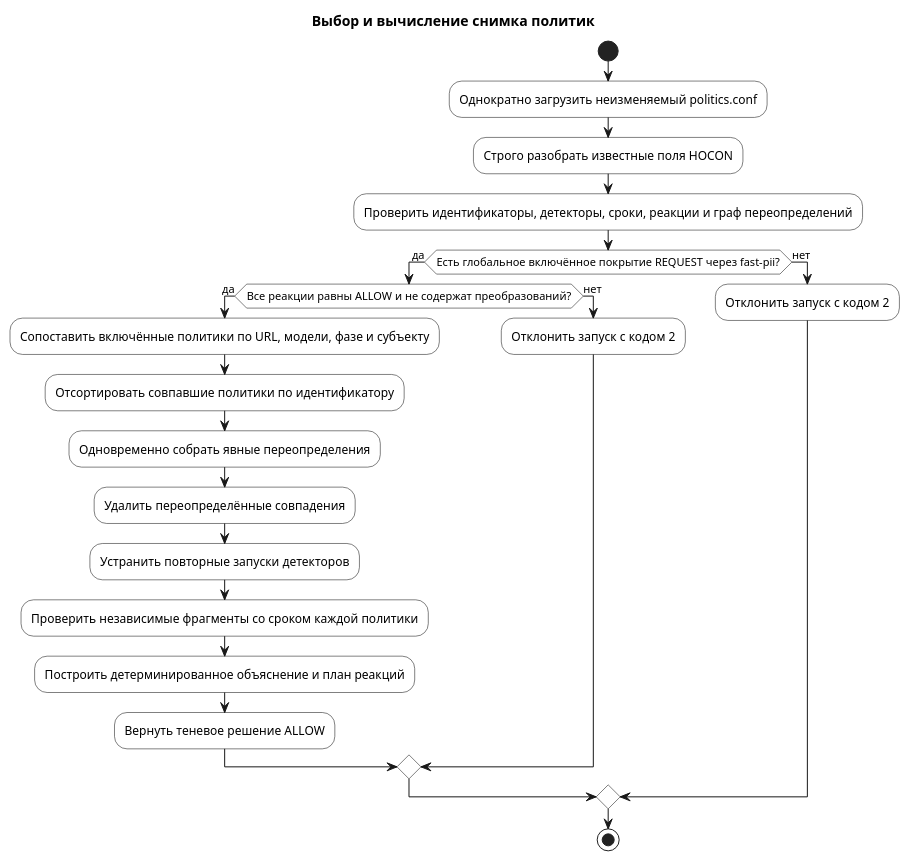
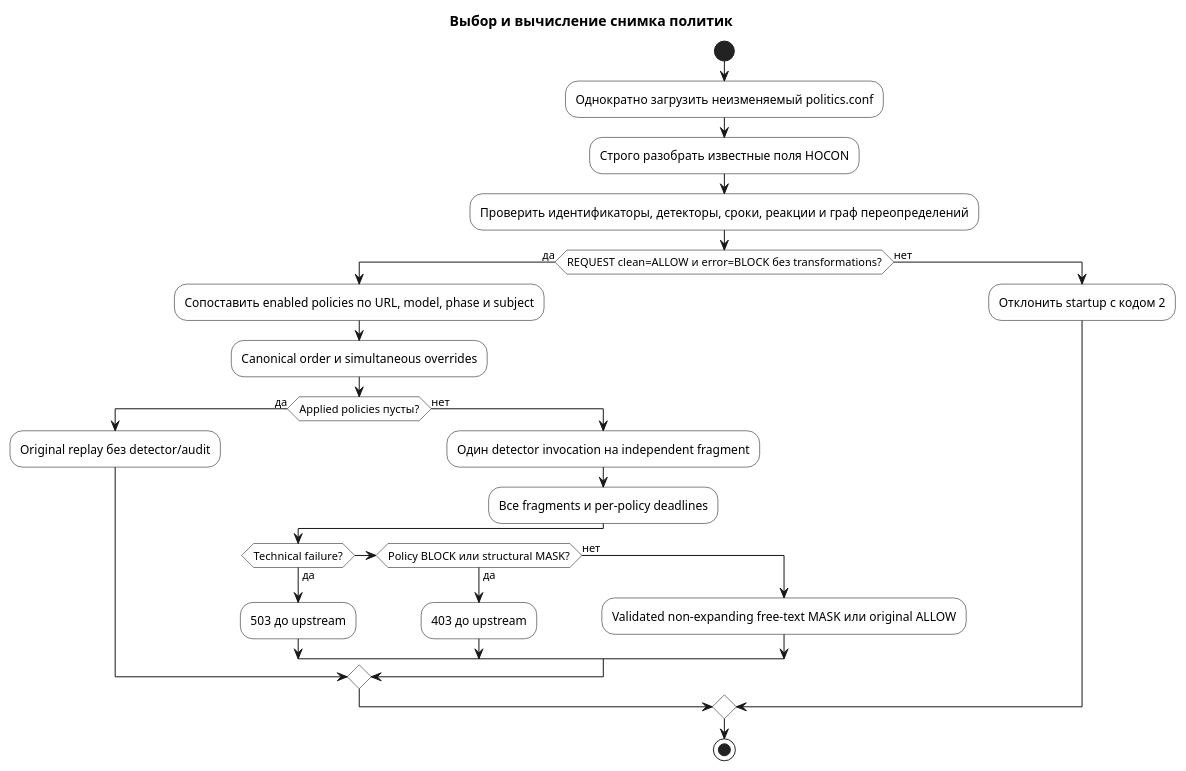
Before and after one commit to finnetrolle/vigilant: the diagram in docs/diagrams/policy-selection-activity.puml, drawn with PlantUML. The commit also changed 77 other files, not shown here.

First line of the commit message:
feat(proxy)!: enforce request PII policies

```diff
--- a/docs/diagrams/policy-selection-activity.puml
+++ b/docs/diagrams/policy-selection-activity.puml
@@ -1,29 +1,32 @@
 @startuml
 title Выбор и вычисление снимка политик
 skinparam activity {
   BackgroundColor White
   BorderColor Black
 }
 
 start
 :Однократно загрузить неизменяемый politics.conf;
 :Строго разобрать известные поля HOCON;
 :Проверить идентификаторы, детекторы, сроки, реакции и граф переопределений;
-if (Есть глобальное включённое покрытие REQUEST через fast-pii?) then (да)
-  if (Все реакции равны ALLOW и не содержат преобразований?) then (да)
-    :Сопоставить включённые политики по URL, модели, фазе и субъекту;
-    :Отсортировать совпавшие политики по идентификатору;
-    :Одновременно собрать явные переопределения;
-    :Удалить переопределённые совпадения;
-    :Устранить повторные запуски детекторов;
-    :Проверить независимые фрагменты со сроком каждой политики;
-    :Построить детерминированное объяснение и план реакций;
-    :Вернуть теневое решение ALLOW;
+if (REQUEST clean=ALLOW и error=BLOCK без transformations?) then (да)
+  :Сопоставить enabled policies по URL, model, phase и subject;
+  :Canonical order и simultaneous overrides;
+  if (Applied policies пусты?) then (да)
+    :Original replay без detector/audit;
   else (нет)
-    :Отклонить запуск с кодом 2;
+    :Один detector invocation на independent fragment;
+    :Все fragments и per-policy deadlines;
+    if (Technical failure?) then (да)
+      :503 до upstream;
+    elseif (Policy BLOCK или structural MASK?) then (да)
+      :403 до upstream;
+    else (нет)
+      :Validated non-expanding free-text MASK или original ALLOW;
+    endif
   endif
 else (нет)
-  :Отклонить запуск с кодом 2;
+  :Отклонить startup с кодом 2;
 endif
 stop
 @enduml
```
